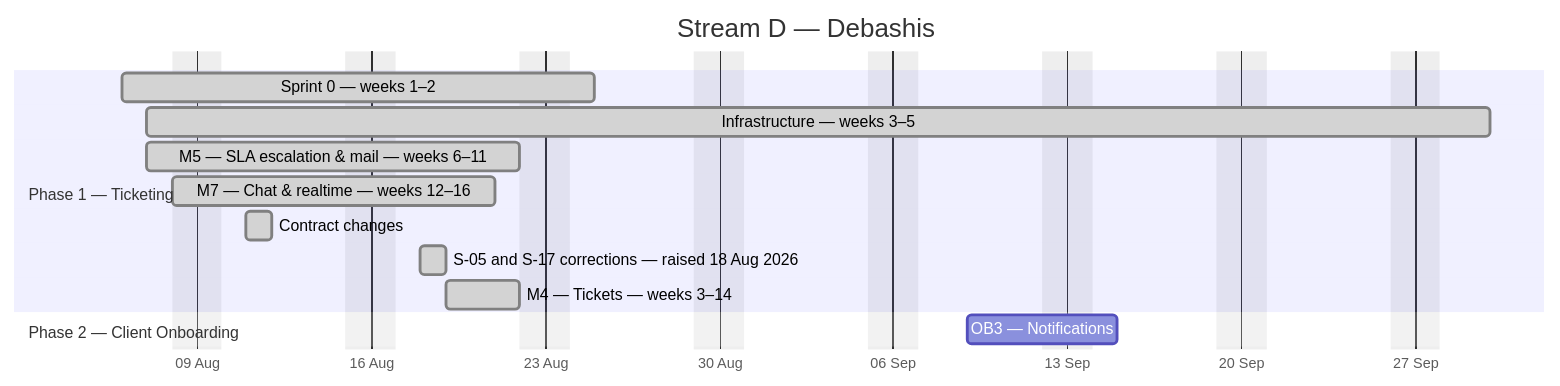
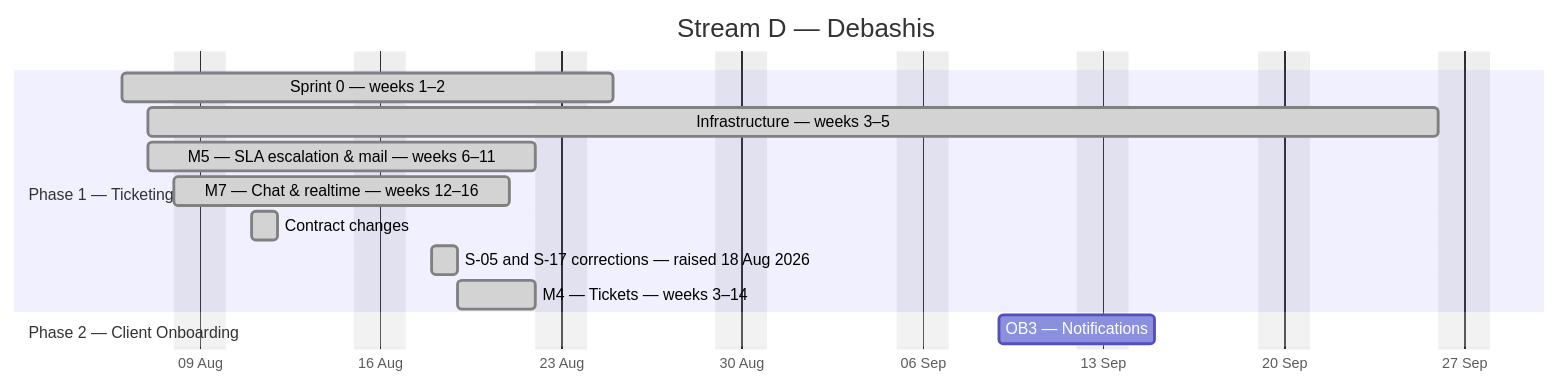
One commit to debashisedunext/EduTrack changed the fourth of 4 diagrams in docs/plan/GANTT.md. Above: the diagram before and after it, drawn with Mermaid. The commit also changed other lines of this file and 3 other files, not shown here.

````diff
--- a/docs/plan/GANTT.md
+++ b/docs/plan/GANTT.md
@@ -181,17 +181,17 @@
 ```mermaid
 gantt
     dateFormat YYYY-MM-DD
     axisFormat %d %b
     title Stream D — Debashis
     excludes weekends
     section Phase 1 — Ticketing
     Sprint 0 — weeks 1–2 :done, d0, 2026-08-06, 13d
-    Infrastructure — weeks 3–5 :done, d1, 2026-08-07, 38d
+    Infrastructure — weeks 3–5 :done, d1, 2026-08-07, 36d
     M5 — SLA  escalation & mail — weeks 6–11 :done, d2, 2026-08-07, 11d
     M7 — Chat & realtime — weeks 12–16 :done, d3, 2026-08-08, 10d
     Contract changes :done, d4, 2026-08-11, 1d
     S-05 and S-17 corrections — raised 18 Aug 2026 :done, d5, 2026-08-18, 1d
     M4 — Tickets — weeks 3–14 :done, d6, 2026-08-19, 3d
     section Phase 2 — Client Onboarding
     OB3 — Notifications :d7, 2026-09-09, 4d
 ```
````
